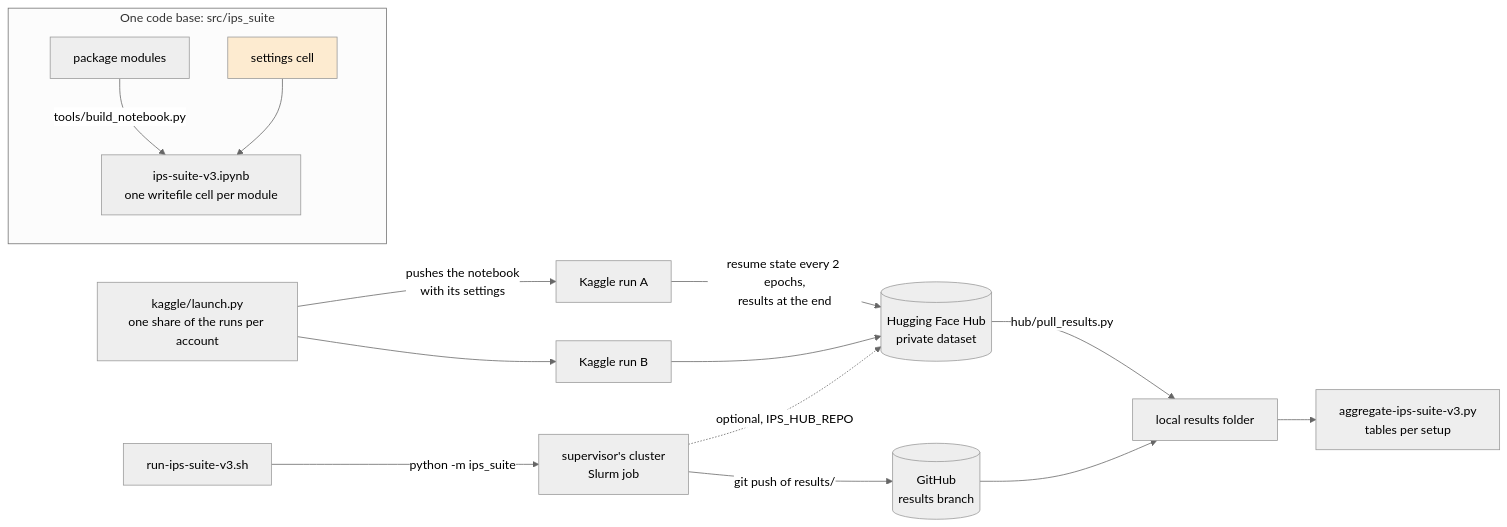
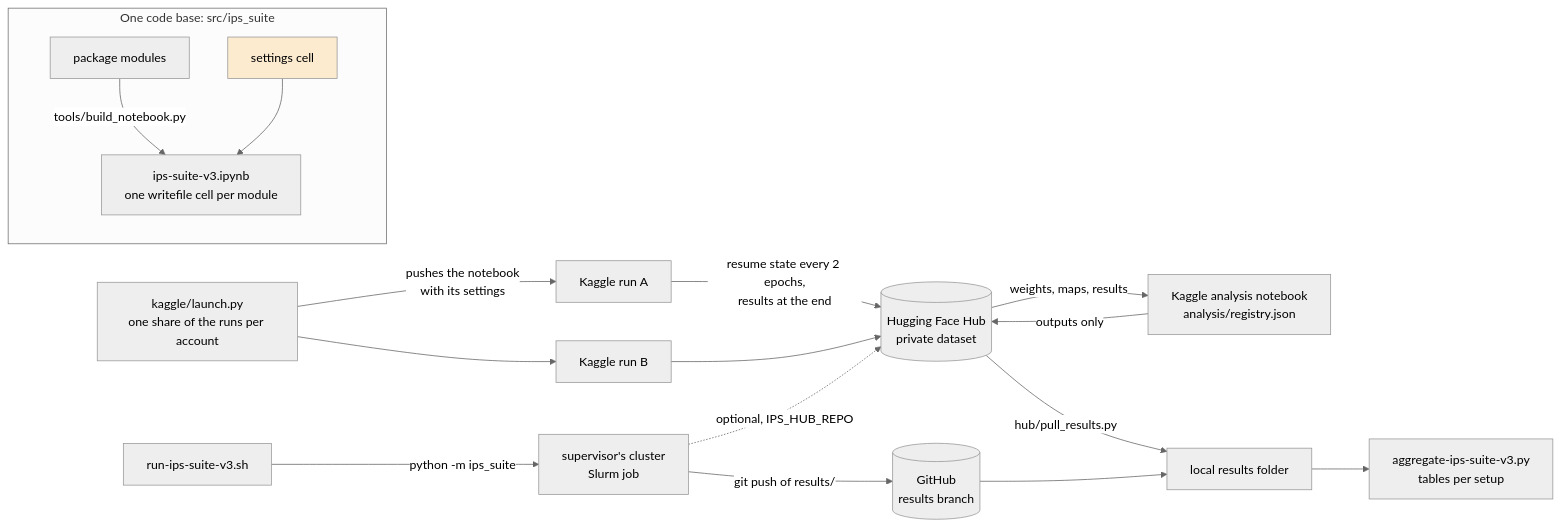
Before and after one commit to YAxelY/master-research-codes: the first of 6 diagrams in docs/ARCHITECTURE.md, drawn with Mermaid (neutral theme). The commit also changed 9 other files, not shown here.

First line of the commit message:
Analysis notebook: run registered analyses on Kaggle next to the Hub results

````diff
--- a/docs/ARCHITECTURE.md
+++ b/docs/ARCHITECTURE.md
@@ -14,18 +14,20 @@
 ```mermaid
 flowchart LR
   subgraph code[One code base: src/ips_suite]
     PKG[package modules] -->|tools/build_notebook.py| NB[ips-suite-v3.ipynb<br/>one writefile cell per module]
     S[settings cell]:::cfg --> NB
   end
   L[kaggle/launch.py<br/>one share of the runs per account] -->|pushes the notebook<br/>with its settings| K1[Kaggle run A]
   L --> K2[Kaggle run B]
   SH[run-ips-suite-v3.sh] -->|python -m ips_suite| CL[supervisor's cluster<br/>Slurm job]
   K1 -->|resume state every 2 epochs,<br/>results at the end| HUB[(Hugging Face Hub<br/>private dataset)]
   K2 --> HUB
   CL -.->|optional, IPS_HUB_REPO| HUB
   CL -->|git push of results/| GIT[(GitHub<br/>results branch)]
+  HUB -->|weights, maps, results| AN[Kaggle analysis notebook<br/>analysis/registry.json]
+  AN -->|outputs only| HUB
   HUB -->|hub/pull_results.py| LOC[local results folder]
   GIT --> LOC
   LOC --> AGG[aggregate-ips-suite-v3.py<br/>tables per setup]
   classDef cfg fill:#fdebd0
 ```
````
